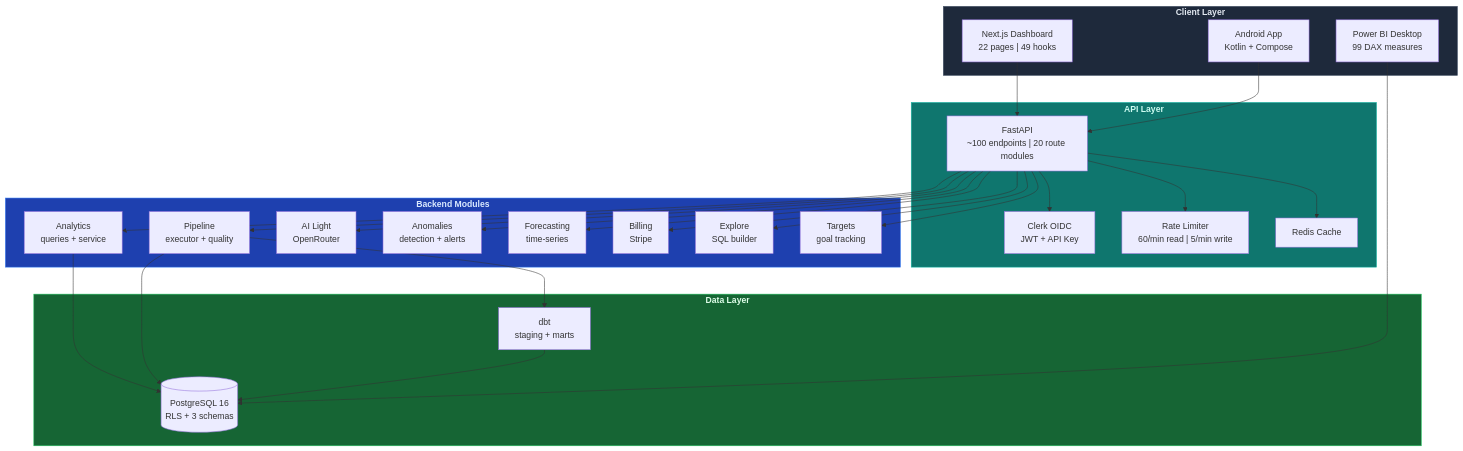
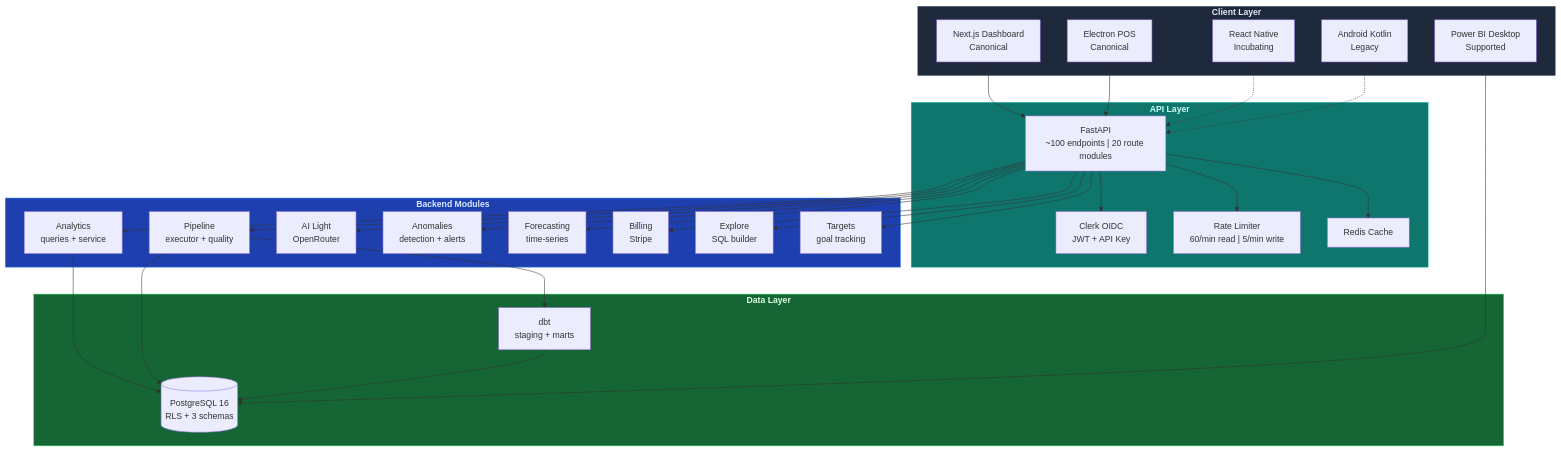
One commit to ahmed-shaaban-94/SAAS changed the second of 3 diagrams in README.md. Above: the diagram before and after it, drawn with Mermaid. The commit also changed other lines of this file and 4 other files, not shown here.

````diff
--- a/README.md
+++ b/README.md
@@ -116,55 +116,59 @@
 ```mermaid
 flowchart TB
     subgraph CLIENT["<b>Client Layer</b>"]
-        WEB["Next.js Dashboard<br/>22 pages | 49 hooks"]
-        MOBILE["Android App<br/>Kotlin + Compose"]
-        PBI["Power BI Desktop<br/>99 DAX measures"]
+        WEB["Next.js Dashboard<br/>Canonical"]
+        POS["Electron POS<br/>Canonical"]
+        PBI["Power BI Desktop<br/>Supported"]
+        RN["React Native<br/>Incubating"]
+        MOBILE["Android Kotlin<br/>Legacy"]
     end
 
     subgraph API_LAYER["<b>API Layer</b>"]
         FASTAPI["FastAPI<br/>~100 endpoints | 20 route modules"]
         AUTH["Clerk OIDC<br/>JWT + API Key"]
         RATE["Rate Limiter<br/>60/min read | 5/min write"]
         CACHE["Redis Cache"]
     end
 
     subgraph BACKEND["<b>Backend Modules</b>"]
         ANALYTICS["Analytics<br/>queries + service"]
         PIPELINE["Pipeline<br/>executor + quality"]
         AI["AI Light<br/>OpenRouter"]
         ANOMALY["Anomalies<br/>detection + alerts"]
         FORECAST["Forecasting<br/>time-series"]
         BILLING["Billing<br/>Stripe"]
         EXPLORE["Explore<br/>SQL builder"]
         TARGETS["Targets<br/>goal tracking"]
     end
 
     subgraph DATA["<b>Data Layer</b>"]
         PG[("PostgreSQL 16<br/>RLS + 3 schemas")]
         DBT["dbt<br/>staging + marts"]
     end
 
     WEB --> FASTAPI
-    MOBILE --> FASTAPI
+    POS --> FASTAPI
+    RN -.-> FASTAPI
+    MOBILE -.-> FASTAPI
     FASTAPI --> AUTH
     FASTAPI --> RATE
     FASTAPI --> CACHE
     FASTAPI --> ANALYTICS
     FASTAPI --> PIPELINE
     FASTAPI --> AI
     FASTAPI --> ANOMALY
     FASTAPI --> FORECAST
     FASTAPI --> BILLING
     FASTAPI --> EXPLORE
     FASTAPI --> TARGETS
     ANALYTICS --> PG
     PIPELINE --> PG
     PIPELINE --> DBT
     DBT --> PG
     PBI --> PG
 
     style CLIENT fill:#1e293b,stroke:#475569,color:#e2e8f0
     style API_LAYER fill:#0f766e,stroke:#14b8a6,color:#ccfbf1
     style BACKEND fill:#1e40af,stroke:#3b82f6,color:#dbeafe
     style DATA fill:#166534,stroke:#22c55e,color:#dcfce7
 ```
````
